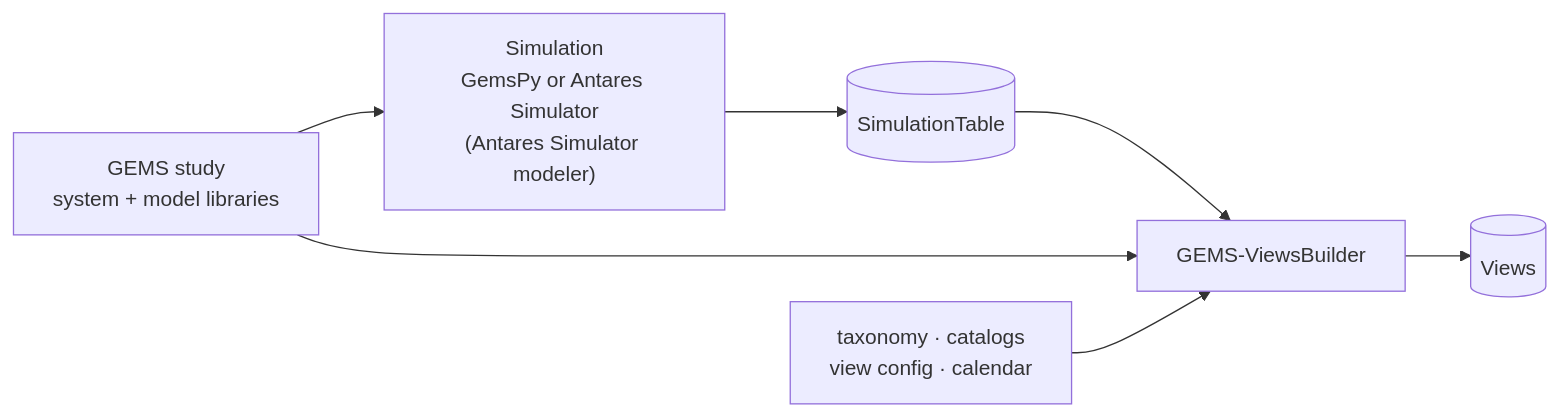
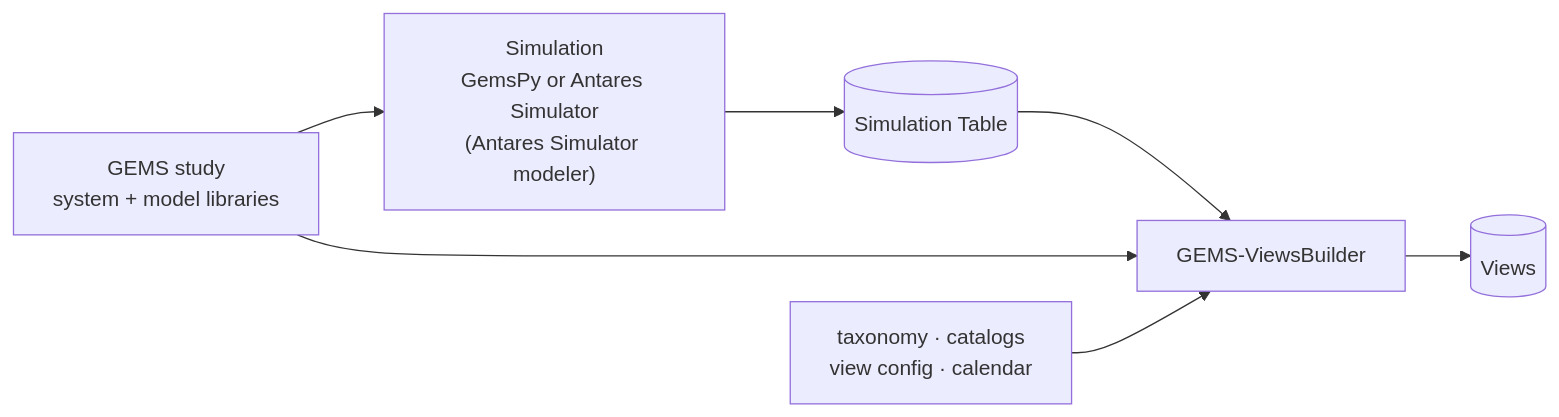
One commit to AntaresSimulatorTeam/GEMS-ViewsBuilder changed the diagram in docs/index.md. Above: the diagram before and after it, drawn with Mermaid.

````diff
--- a/docs/index.md
+++ b/docs/index.md
@@ -11,9 +11,9 @@
 ```mermaid
 flowchart LR
     study["GEMS study<br/>system + model libraries"] --> sim["Simulation<br/>GemsPy or Antares Simulator<br/>(Antares Simulator modeler)"]
-    sim --> st[("SimulationTable")]
+    sim --> st[("Simulation Table")]
     st --> gvb["GEMS-ViewsBuilder"]
     study --> gvb
     inputs["taxonomy · catalogs<br/>view config · calendar"] --> gvb
     gvb --> views[("Views")]
 ```
````
